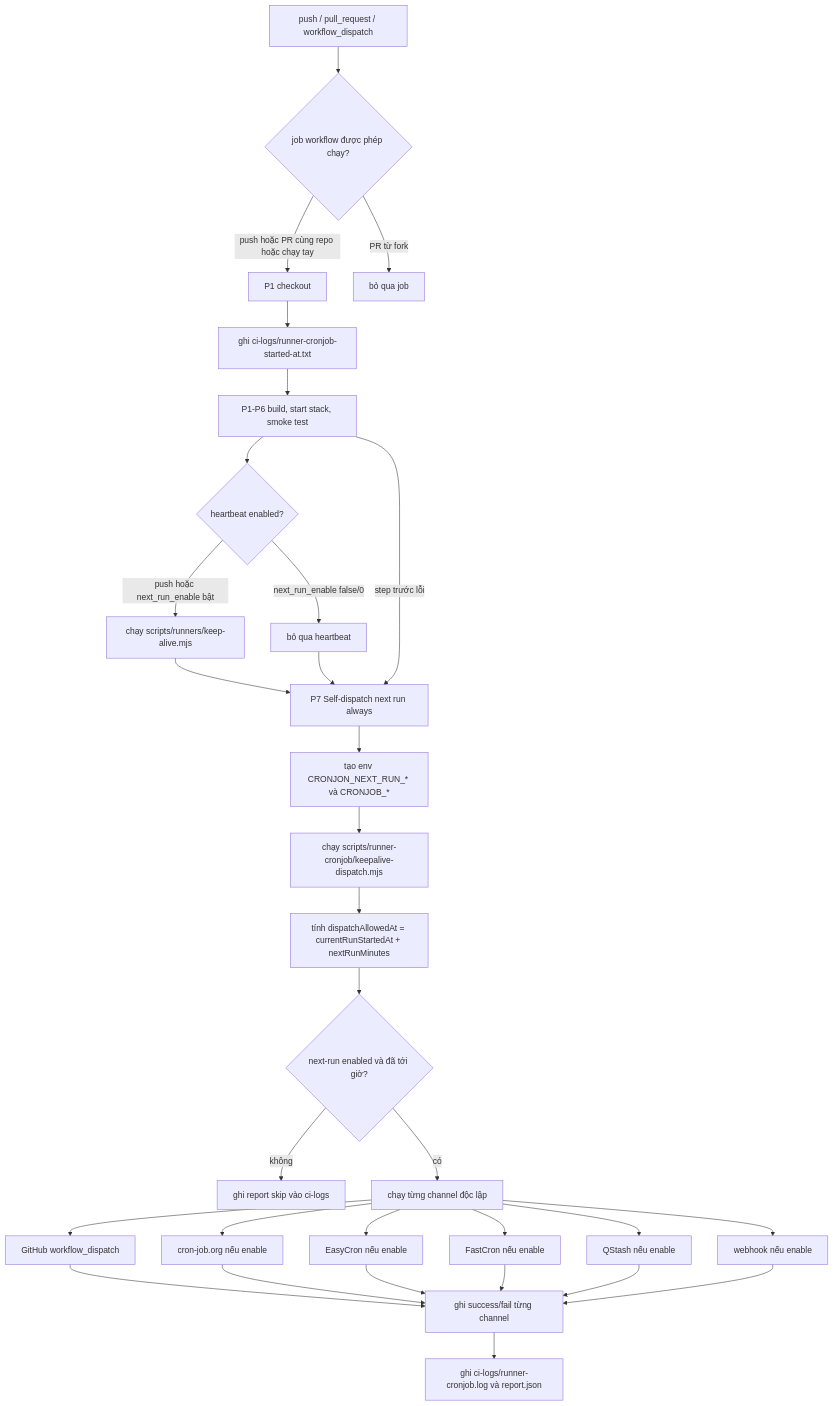
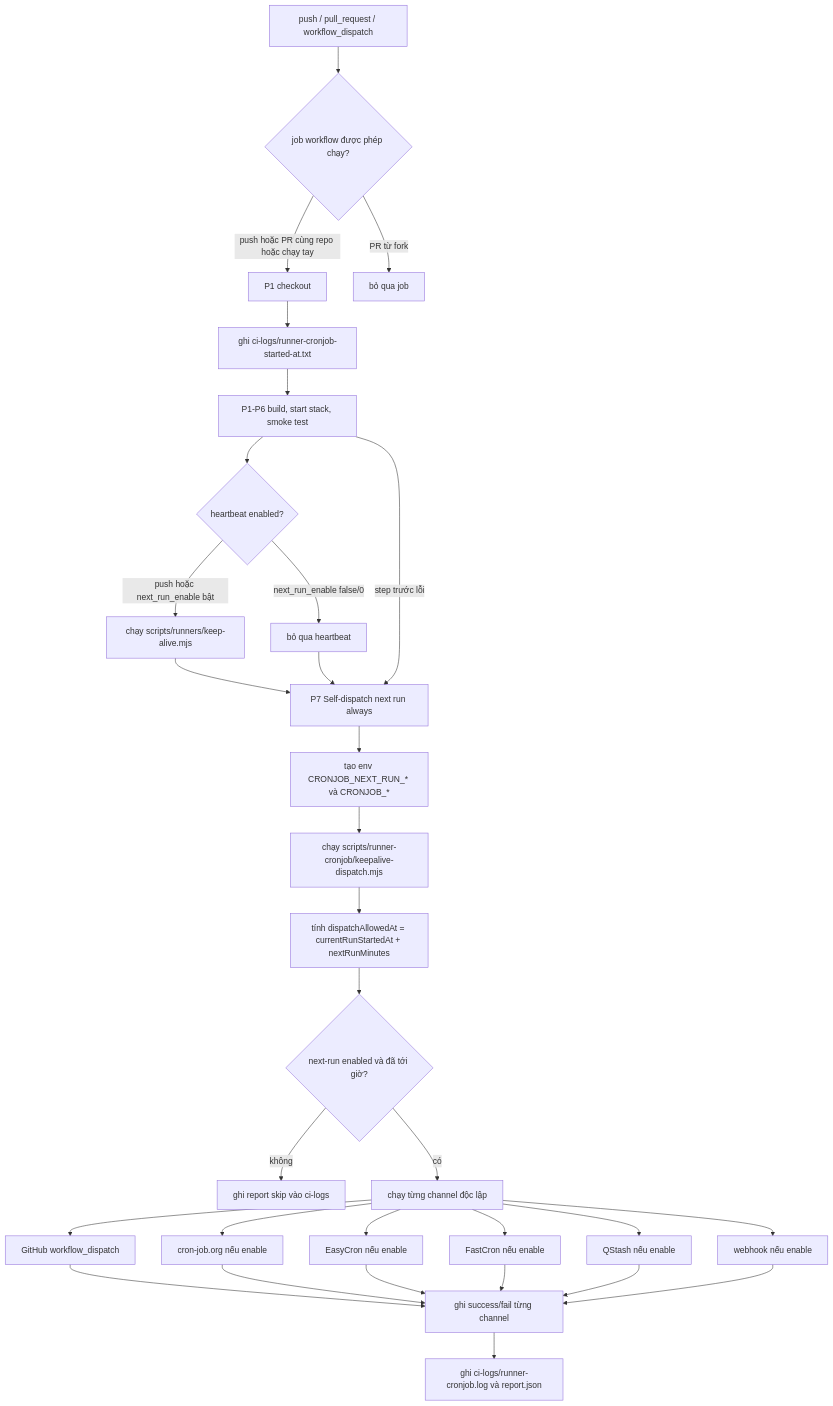
Before and after one commit to o22zalo/docker-caddy-tailscale-tinyauth: the diagram in docs/deploys/runner-cronjob.md, drawn with Mermaid. The commit also changed other lines of this file and 7 other files, not shown here.

First line of the commit message:
Standardize CRONJON_* variable names to CRONJOB_* across CI workflows and scripts.

````diff
--- a/docs/deploys/runner-cronjob.md
+++ b/docs/deploys/runner-cronjob.md
@@ -45,33 +45,33 @@
 ```mermaid
 flowchart TD
   A[push / pull_request / workflow_dispatch] --> B{job workflow được phép chạy?}
   B -->|push hoặc PR cùng repo hoặc chạy tay| C[P1 checkout]
   B -->|PR từ fork| Z[bỏ qua job]
   C --> D[ghi ci-logs/runner-cronjob-started-at.txt]
   D --> E[P1-P6 build, start stack, smoke test]
   E --> F{heartbeat enabled?}
   F -->|push hoặc next_run_enable bật| G[chạy scripts/runners/keep-alive.mjs]
   F -->|next_run_enable false/0| H[bỏ qua heartbeat]
   G --> I[P7 Self-dispatch next run always]
   H --> I
   E -->|step trước lỗi| I
-  I --> J[tạo env CRONJON_NEXT_RUN_* và CRONJOB_*]
+  I --> J[tạo env CRONJOB_NEXT_RUN_* và CRONJOB_*]
   J --> K[chạy scripts/runner-cronjob/keepalive-dispatch.mjs]
   K --> L[tính dispatchAllowedAt = currentRunStartedAt + nextRunMinutes]
   L --> M{next-run enabled và đã tới giờ?}
   M -->|không| N[ghi report skip vào ci-logs]
   M -->|có| O[chạy từng channel độc lập]
   O --> P[GitHub workflow_dispatch]
   O --> Q[cron-job.org nếu enable]
   O --> R[EasyCron nếu enable]
   O --> S[FastCron nếu enable]
   O --> T[QStash nếu enable]
   O --> U[webhook nếu enable]
   P --> V[ghi success/fail từng channel]
   Q --> V
   R --> V
   S --> V
   T --> V
   U --> V
   V --> W[ghi ci-logs/runner-cronjob.log và report.json]
 ```
````
